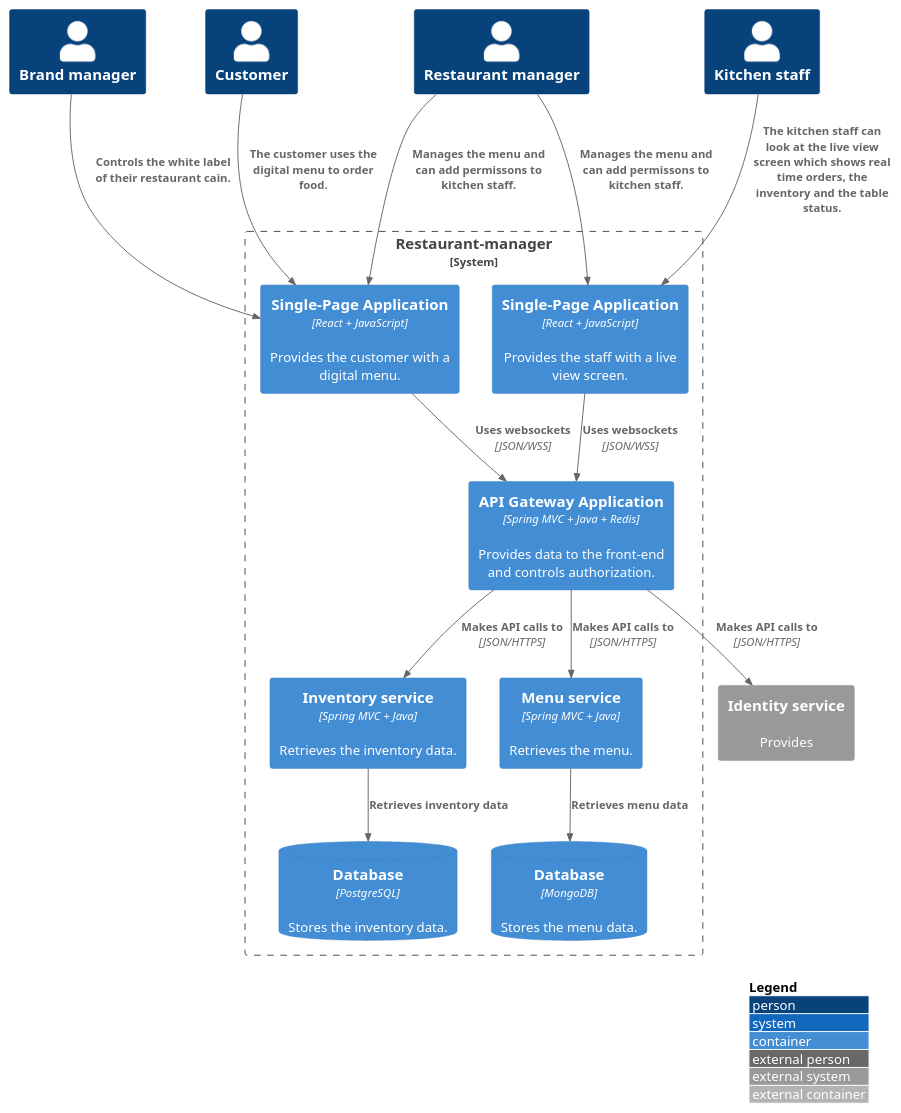
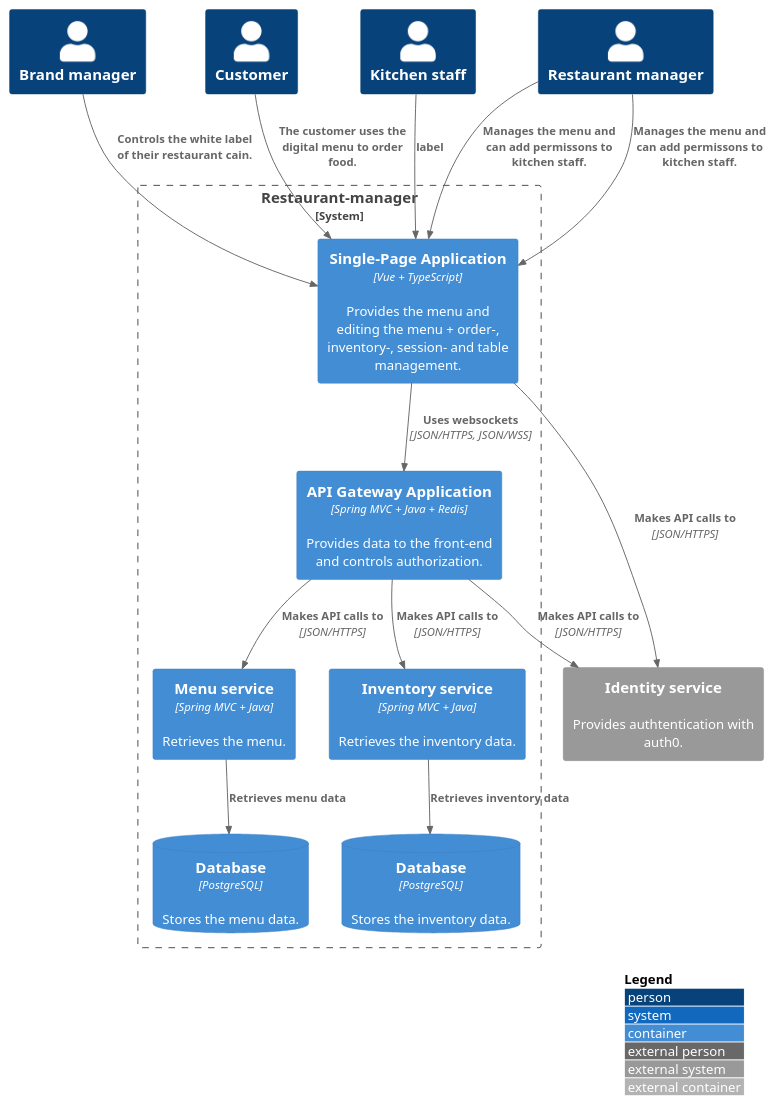
Before and after one commit to FHICT-Owen/S3-GPS-DOCS: the diagram in diagrams/container.puml, drawn with PlantUML. The commit also changed 1 other file, not shown here.

Commit message:
Merged spa's in one and did some small fixes

```diff
--- a/diagrams/container.puml
+++ b/diagrams/container.puml
@@ -1,43 +1,42 @@
 @startuml C4_Elements
 !include https://raw.githubusercontent.com/plantuml-stdlib/C4-PlantUML/master/C4_Container.puml
 
 LAYOUT_WITH_LEGEND()
 
 Person(brand, "Brand manager")
 Person(customer, "Customer")
 Person(staff, "Kitchen staff")
 Person(manager, "Restaurant manager")
 
-System_Ext(identity, "Identity service", "Provides")
+System_Ext(identity, "Identity service", "Provides authtentication with auth0.")
 
 System_Boundary(boundry, "Restaurant-manager"){
-	Container(live_view, "Single-Page Application", "React + JavaScript", "Provides the staff with a live view screen.")
-	Container(spa_menu, "Single-Page Application", "React + JavaScript", "Provides the customer with a digital menu.")
+	Container(spa, "Single-Page Application", "Vue + TypeScript", "Provides the menu and editing the menu + order-, inventory-, session- and table management.")
 
 	Container(api, "API Gateway Application", "Spring MVC + Java + Redis", "Provides data to the front-end and controls authorization.")
 
 	Container(menu_service, "Menu service", "Spring MVC + Java", "Retrieves the menu.")
 	Container(inventory_service, "Inventory service", "Spring MVC + Java", "Retrieves the inventory data.")
 
-	ContainerDb(menu_db, "Database", "MongoDB", "Stores the menu data.")
+	ContainerDb(menu_db, "Database", "PostgreSQL", "Stores the menu data.")
 	ContainerDb(inventory_db, "Database", "PostgreSQL", "Stores the inventory data.")
 }
 
-Rel(customer, spa_menu, "The customer uses the digital menu to order food.")
-Rel(staff, live_view, "The kitchen staff can look at the live view screen which shows real time orders, the inventory and the table status.")
-Rel(manager, live_view, "Manages the menu and can add permissons to kitchen staff.")
-Rel(manager, spa_menu, "Manages the menu and can add permissons to kitchen staff.")
-Rel(brand, spa_menu, "Controls the white label of their restaurant cain.")
+Rel(customer, spa, "The customer uses the digital menu to order food.")
+Rel(staff, spa, "label")
+Rel(manager, spa, "Manages the menu and can add permissons to kitchen staff.")
+Rel(manager, spa, "Manages the menu and can add permissons to kitchen staff.")
+Rel(brand, spa, "Controls the white label of their restaurant cain.")
 
-Rel(spa_menu, api, "Uses websockets", "JSON/WSS")
-Rel(live_view, api, "Uses websockets", "JSON/WSS")
+Rel(spa, api, "Uses websockets", "JSON/HTTPS, JSON/WSS")
 
 Rel(api, identity, "Makes API calls to", "JSON/HTTPS")
+Rel(spa, identity, "Makes API calls to", "JSON/HTTPS")
 
 Rel(api, menu_service, "Makes API calls to", "JSON/HTTPS")
 Rel(api, inventory_service, "Makes API calls to", "JSON/HTTPS")
 
 Rel(menu_service, menu_db, "Retrieves menu data")
 Rel(inventory_service, inventory_db, "Retrieves inventory data")
 
 @enduml
```
